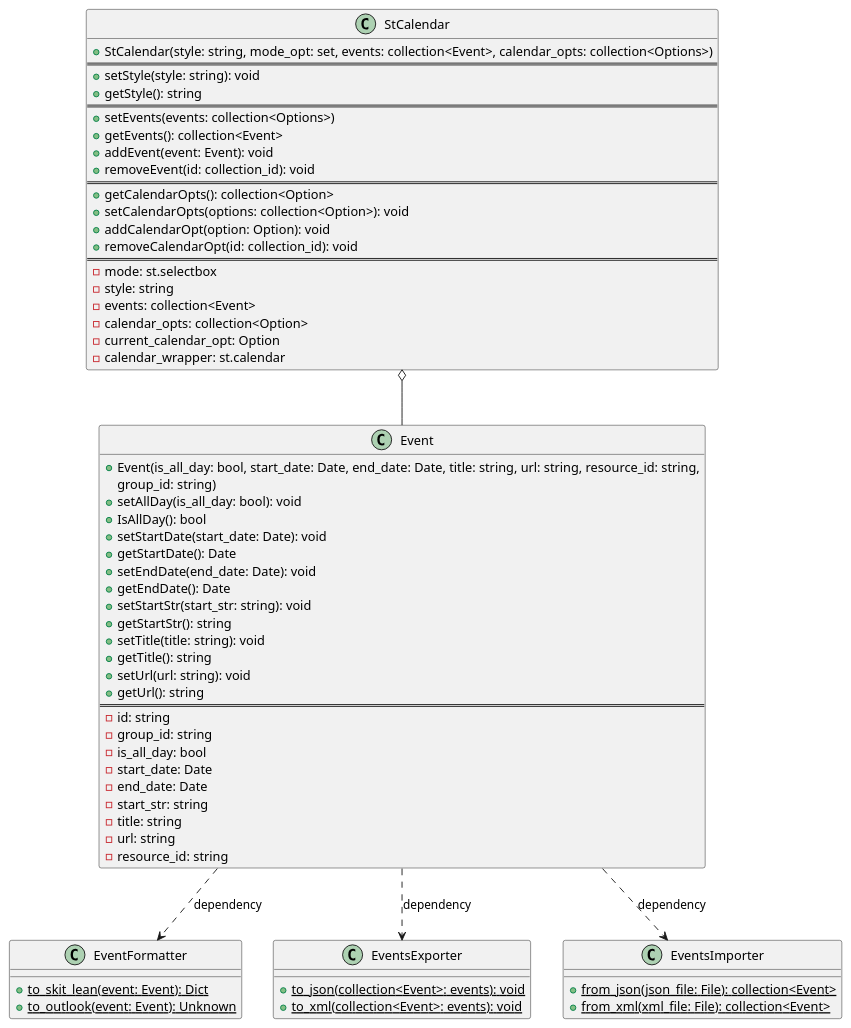
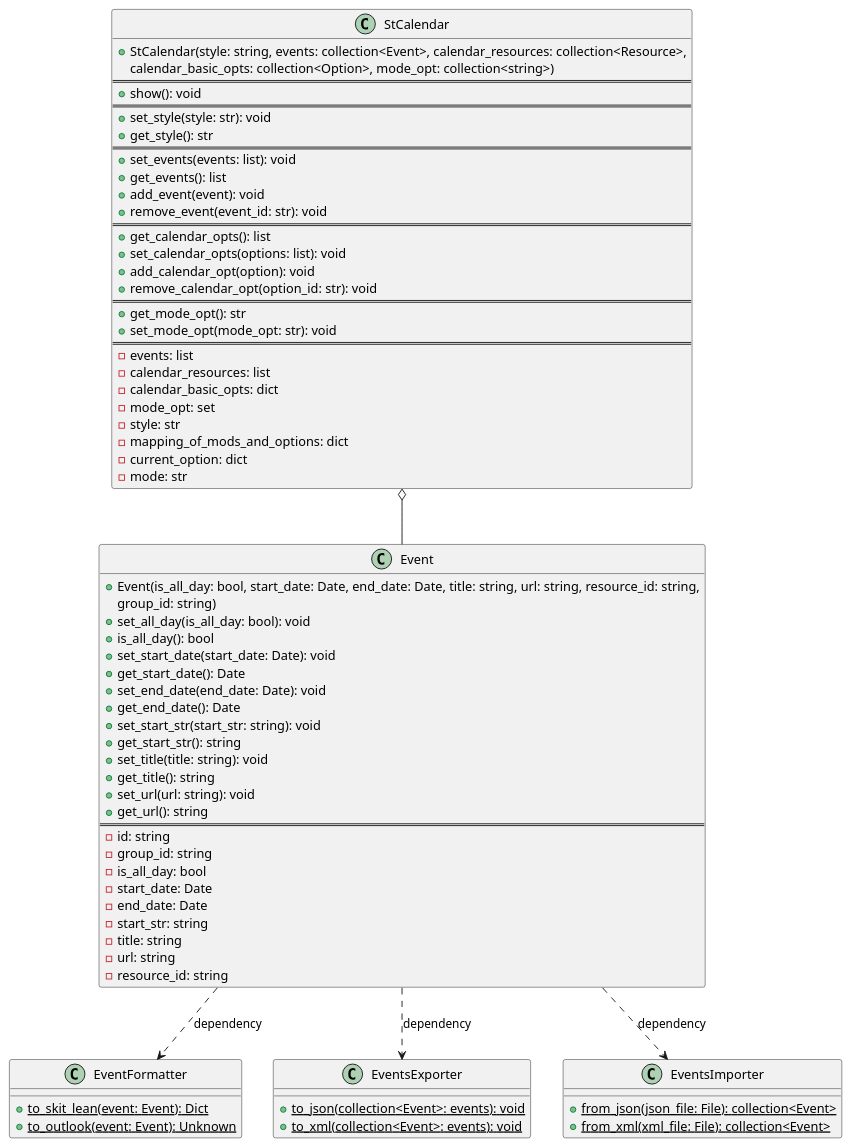
One commit to SirArt25/Chronastra changed the diagram in uml-diagram/chronastra.puml. Above: the diagram before and after it, drawn with PlantUML.

Commit message:
make some changes in uml

```diff
--- a/uml-diagram/chronastra.puml
+++ b/uml-diagram/chronastra.puml
@@ -1,73 +1,83 @@
 @startuml
 class Event{
     + Event(is_all_day: bool, start_date: Date, end_date: Date, title: string, url: string, resource_id: string,
         group_id: string)
-    + setAllDay(is_all_day: bool): void
-    + IsAllDay(): bool
-    + setStartDate(start_date: Date): void
-    + getStartDate(): Date
-    + setEndDate(end_date: Date): void
-    + getEndDate(): Date
-    + setStartStr(start_str: string): void
-    + getStartStr(): string
-    + setTitle(title: string): void
-    + getTitle(): string
-    + setUrl(url: string): void
-    + getUrl(): string
+    + set_all_day(is_all_day: bool): void
+    + is_all_day(): bool
+    + set_start_date(start_date: Date): void
+    + get_start_date(): Date
+    + set_end_date(end_date: Date): void
+    + get_end_date(): Date
+    + set_start_str(start_str: string): void
+    + get_start_str(): string
+    + set_title(title: string): void
+    + get_title(): string
+    + set_url(url: string): void
+    + get_url(): string
     ===
     - id: string
     - group_id: string
     - is_all_day: bool
     - start_date: Date
     - end_date: Date
     - start_str: string
     - title: string
     - url: string
     - resource_id: string
 }
 
 
 class EventFormatter{
     {static} + to_skit_lean(event: Event): Dict
     {static} + to_outlook(event: Event): Unknown
 }
 
 class EventsExporter{
     {static} + to_json(collection<Event>: events): void
     {static} + to_xml(collection<Event>: events): void
 }
 
 class EventsImporter{
     {static} + from_json(json_file: File): collection<Event>
     {static} + from_xml(xml_file: File): collection<Event>
 }
 
-class StCalendar{
-    + StCalendar(style: string, mode_opt: set, events: collection<Event>, calendar_opts: collection<Options>)
+class StCalendar {
+    +StCalendar(style: string, events: collection<Event>, calendar_resources: collection<Resource>,
+    calendar_basic_opts: collection<Option>, mode_opt: collection<string>)
     ===
-    + setStyle(style: string): void
-    + getStyle(): string
+    +show(): void
     ===
-    + setEvents(events: collection<Options>)
-    + getEvents(): collection<Event>
-    + addEvent(event: Event): void
-    + removeEvent(id: collection_id): void
+    +set_style(style: str): void
+    +get_style(): str
     ===
-    + getCalendarOpts(): collection<Option>
-    + setCalendarOpts(options: collection<Option>): void
-    + addCalendarOpt(option: Option): void
-    + removeCalendarOpt(id: collection_id): void
+    +set_events(events: list): void
+    +get_events(): list
+    +add_event(event): void
+    +remove_event(event_id: str): void
     ===
-    - mode: st.selectbox
-    - style: string
-    - events: collection<Event>
-    - calendar_opts: collection<Option>
-    - current_calendar_opt: Option
-    - calendar_wrapper: st.calendar
+    +get_calendar_opts(): list
+    +set_calendar_opts(options: list): void
+    +add_calendar_opt(option): void
+    +remove_calendar_opt(option_id: str): void
+    ===
+    +get_mode_opt(): str
+    +set_mode_opt(mode_opt: str): void
+    ===
+    -events: list
+    -calendar_resources: list
+    -calendar_basic_opts: dict
+    -mode_opt: set
+    -style: str
+    -mapping_of_mods_and_options: dict
+    -current_option: dict
+    -mode: str
 }
+
+
 
 StCalendar o-- Event
 Event ..> EventFormatter : dependency
 Event ..> EventsExporter : dependency
 Event ..> EventsImporter : dependency
 @enduml
```
